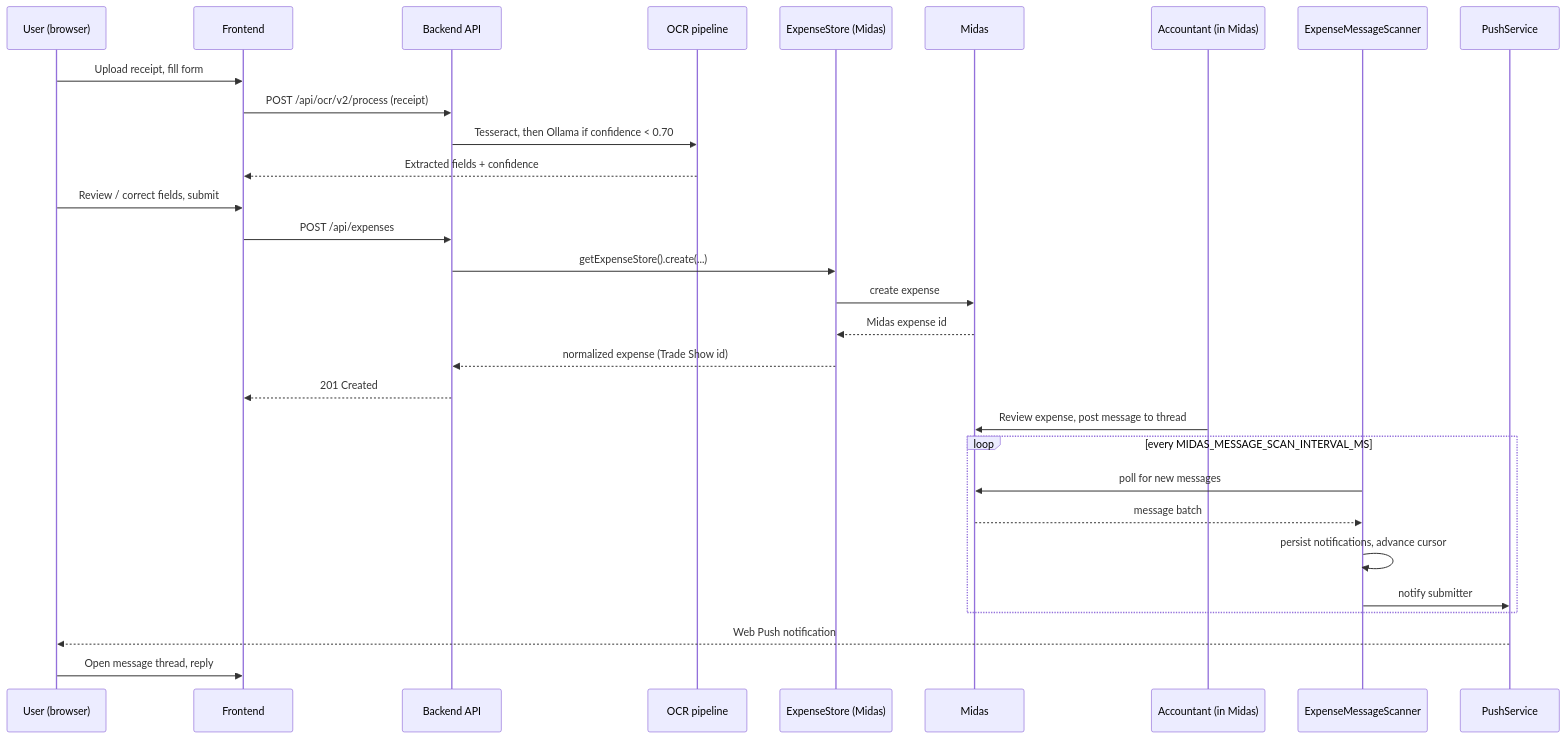
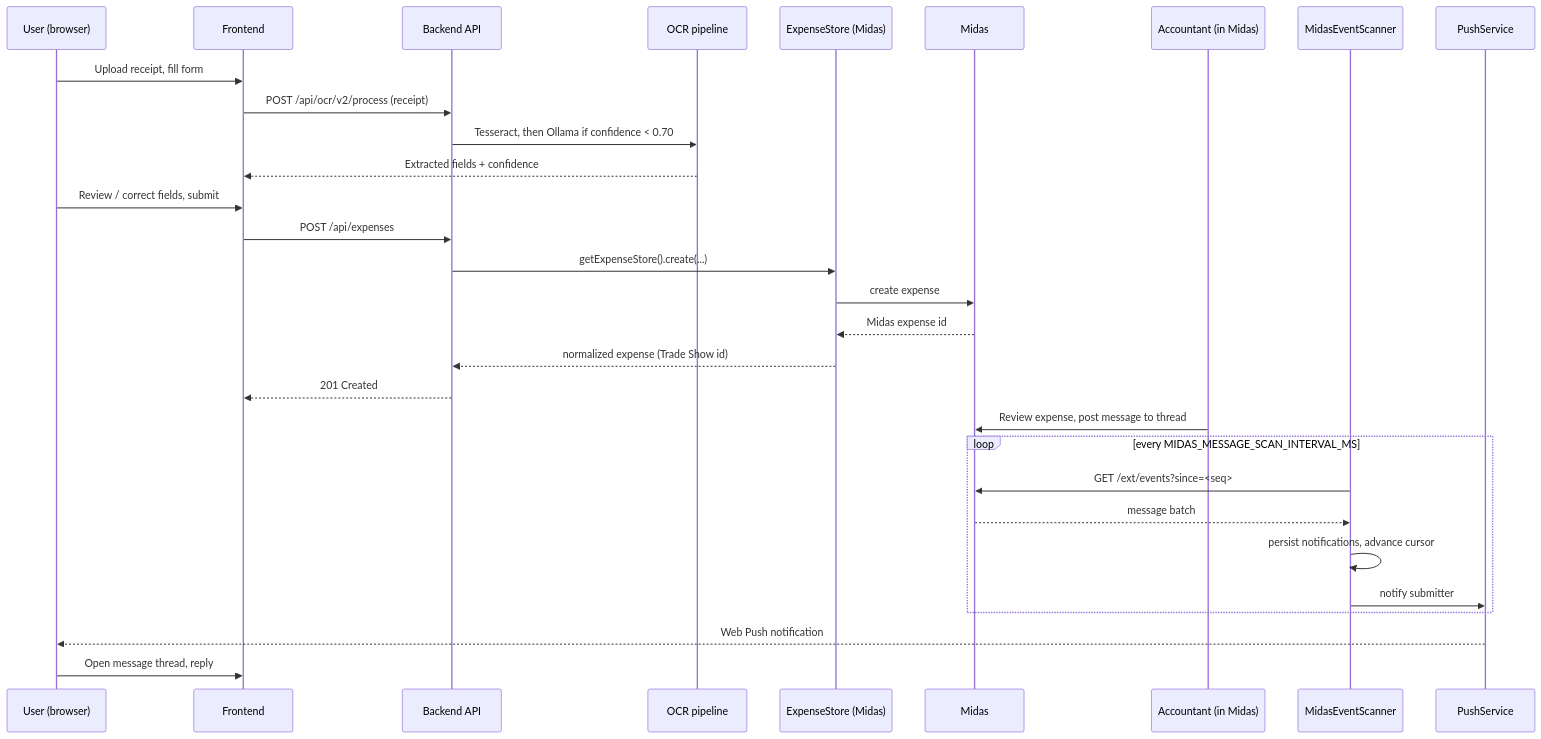
Before and after one commit to sahiwal283/trade-show-app: the second of 4 diagrams in docs/ARCHITECTURE.md, drawn with Mermaid. The commit also changed other lines of this file and 9 other files, not shown here.

````diff
--- a/docs/ARCHITECTURE.md
+++ b/docs/ARCHITECTURE.md
@@ -65,34 +65,34 @@
 ```mermaid
 sequenceDiagram
     participant U as User (browser)
     participant FE as Frontend
     participant API as Backend API
     participant OCR as OCR pipeline
     participant ES as ExpenseStore (Midas)
     participant Midas as Midas
     participant Acct as Accountant (in Midas)
-    participant Scan as ExpenseMessageScanner
+    participant Scan as MidasEventScanner
     participant Push as PushService
 
     U->>FE: Upload receipt, fill form
     FE->>API: POST /api/ocr/v2/process (receipt)
     API->>OCR: Tesseract, then Ollama if confidence < 0.70
     OCR-->>FE: Extracted fields + confidence
     U->>FE: Review / correct fields, submit
     FE->>API: POST /api/expenses
     API->>ES: getExpenseStore().create(...)
     ES->>Midas: create expense
     Midas-->>ES: Midas expense id
     ES-->>API: normalized expense (Trade Show id)
     API-->>FE: 201 Created
 
     Acct->>Midas: Review expense, post message to thread
     loop every MIDAS_MESSAGE_SCAN_INTERVAL_MS
-        Scan->>Midas: poll for new messages
+        Scan->>Midas: GET /ext/events?since=<seq>
         Midas-->>Scan: message batch
         Scan->>Scan: persist notifications, advance cursor
         Scan->>Push: notify submitter
     end
     Push-->>U: Web Push notification
     U->>FE: Open message thread, reply
 ```
````
